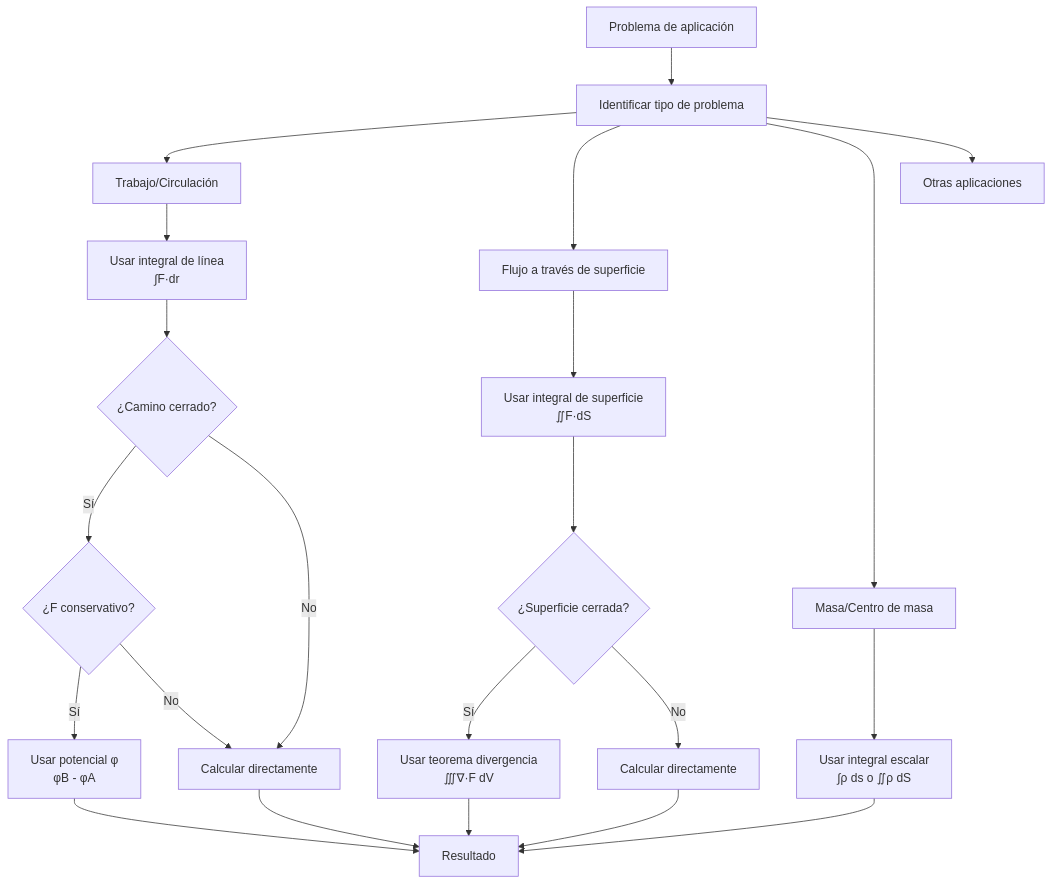
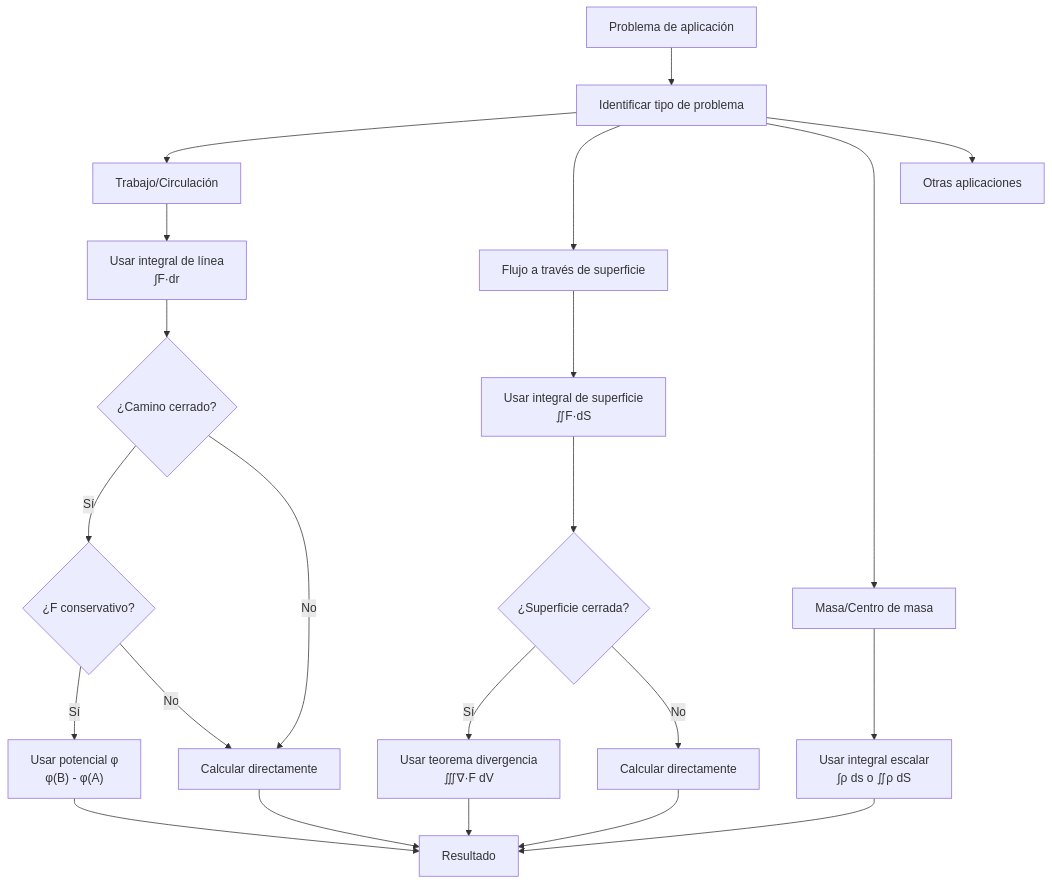
One commit to djaimej/computer-science-template changed the second of 2 diagrams in public/documents/semester-3/2/3238.md. Above: the diagram before and after it, drawn with Mermaid. The commit also changed other lines of this file and 21 other files, not shown here.

````diff
--- a/public/documents/semester-3/2/3238.md
+++ b/public/documents/semester-3/2/3238.md
@@ -237,30 +243,30 @@
 ```mermaid
 flowchart TD
     Start[Problema de aplicación] --> Identify[Identificar tipo de problema]
 
     Identify --> Force[Trabajo/Circulación]
     Identify --> Flux[Flujo a través de superficie]
     Identify --> Mass[Masa/Centro de masa]
     Identify --> Other[Otras aplicaciones]
 
     Force --> PathInt[Usar integral de línea<br>∫F·dr]
     Flux --> SurfInt[Usar integral de superficie<br>∬F·dS]
     Mass --> ScalarInt[Usar integral escalar<br>∫ρ ds o ∬ρ dS]
 
     PathInt --> CheckPath{¿Camino cerrado?}
     CheckPath -->|Sí| Conservative{¿F conservativo?}
     CheckPath -->|No| CalcPath[Calcular directamente]
 
-    Conservative -->|Sí| Potential[Usar potencial φ<br>φB - φA]
+    Conservative -->|Sí| Potential["Usar potencial φ<br>φ(B) - φ(A)"]
     Conservative -->|No| CalcPath
 
     SurfInt --> CheckSurf{¿Superficie cerrada?}
     CheckSurf -->|Sí| Divergence[Usar teorema divergencia<br>∭∇·F dV]
     CheckSurf -->|No| CalcSurf[Calcular directamente]
 
     Potential --> Result[Resultado]
     CalcPath --> Result
     Divergence --> Result
     CalcSurf --> Result
     ScalarInt --> Result
 ```
````
